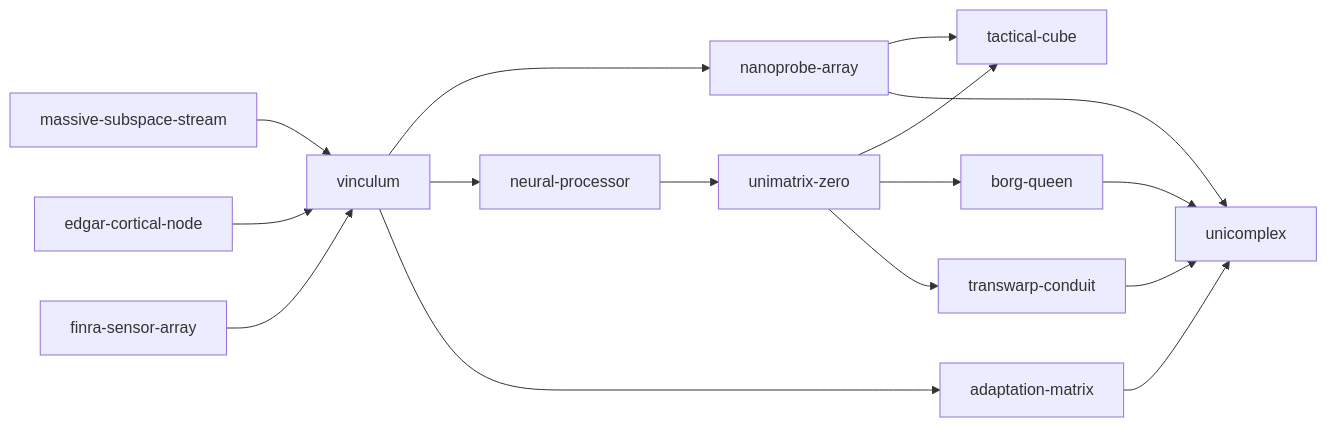
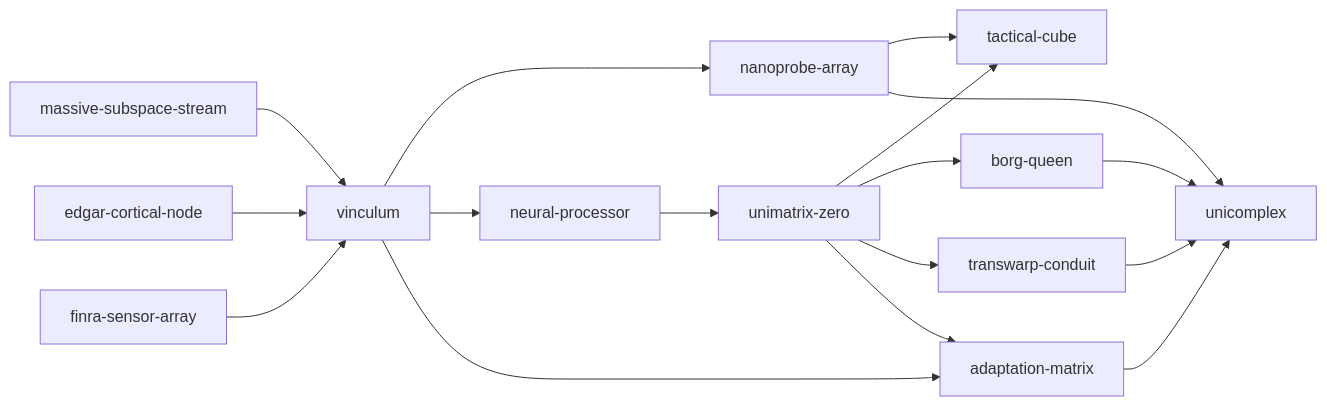
The diagram in README.md (yurit04/collective-alpha), drawn with Mermaid before and after one commit. The commit also changed other lines of this file and 31 other files, not shown here.

````diff
--- a/README.md
+++ b/README.md
@@ -18,18 +18,19 @@
 ```mermaid
 flowchart LR
     massive[massive-subspace-stream] --> vinculum
     vinculum --> nanoprobe[nanoprobe-array]
     nanoprobe --> tactical[tactical-cube]
     unimatrix --> tactical
     edgar[edgar-cortical-node] --> vinculum
     finra[finra-sensor-array] --> vinculum
     vinculum --> neural[neural-processor]
     neural --> unimatrix[unimatrix-zero]
     unimatrix --> queen[borg-queen]
     unimatrix --> conduit[transwarp-conduit]
     queen --> unicomplex
     conduit --> unicomplex
     nanoprobe --> unicomplex
     vinculum --> adaptation[adaptation-matrix]
+    unimatrix --> adaptation
     adaptation --> unicomplex
 ```
````
